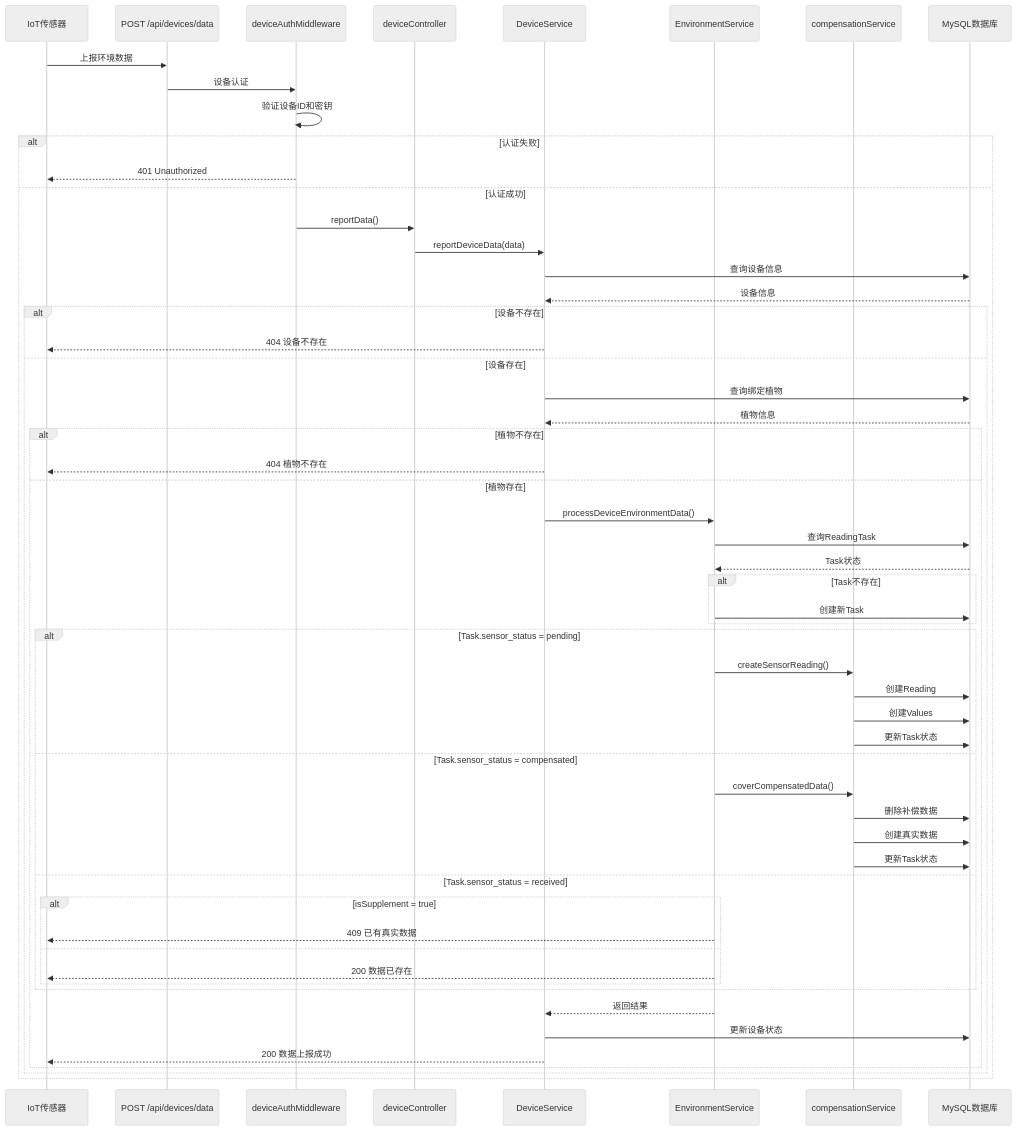
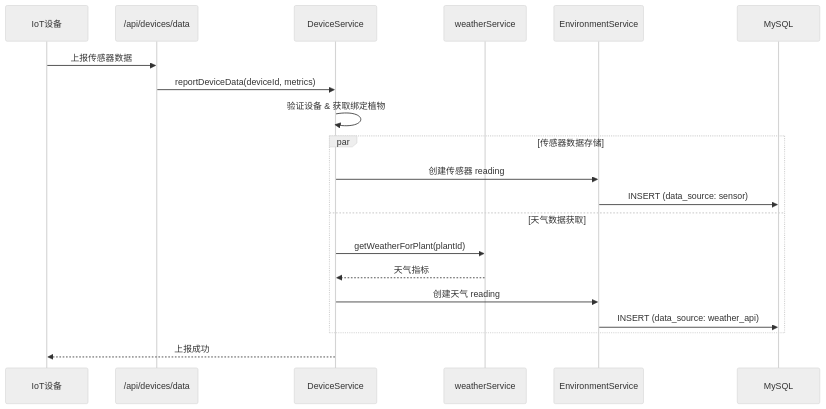
The second of 7 diagrams in docs/current/02-architecture/环境数据系统架构图.md (ShatterDusk/smart-garden-mvp), drawn with Mermaid (neutral theme) before and after one commit. The commit also changed other lines of this file and 329 other files, not shown here.

````diff
--- a/docs/current/02-architecture/环境数据系统架构图.md
+++ b/docs/current/02-architecture/环境数据系统架构图.md
@@ -82,67 +137,26 @@
 ```mermaid
 sequenceDiagram
-    participant Sensor as IoT传感器
-    participant API as POST /api/devices/data
-    participant Auth as deviceAuthMiddleware
-    participant Controller as deviceController
-    participant DeviceSvc as DeviceService
-    participant EnvSvc as EnvironmentService
-    participant CompSvc as compensationService
-    participant DB as MySQL数据库
+    participant IOT as IoT设备
+    participant API as /api/devices/data
+    participant DS as DeviceService
+    participant WS as weatherService
+    participant ES as EnvironmentService
+    participant DB as MySQL
+
+    IOT->>API: 上报传感器数据
+    API->>DS: reportDeviceData(deviceId, metrics)
     
-    Sensor->>API: 上报环境数据
-    API->>Auth: 设备认证
-    Auth->>Auth: 验证设备ID和密钥
+    DS->>DS: 验证设备 & 获取绑定植物
     
-    alt 认证失败
-        Auth-->>Sensor: 401 Unauthorized
-    else 认证成功
-        Auth->>Controller: reportData()
-        Controller->>DeviceSvc: reportDeviceData(data)
-        
-        DeviceSvc->>DB: 查询设备信息
-        DB-->>DeviceSvc: 设备信息
-        
-        alt 设备不存在
-            DeviceSvc-->>Sensor: 404 设备不存在
-        else 设备存在
-            DeviceSvc->>DB: 查询绑定植物
-            DB-->>DeviceSvc: 植物信息
-            
-            alt 植物不存在
-                DeviceSvc-->>Sensor: 404 植物不存在
-            else 植物存在
-                DeviceSvc->>EnvSvc: processDeviceEnvironmentData()
-                
-                EnvSvc->>DB: 查询ReadingTask
-                DB-->>EnvSvc: Task状态
-                
-                alt Task不存在
-                    EnvSvc->>DB: 创建新Task
-                end
-                
-                alt Task.sensor_status = pending
-                    EnvSvc->>CompSvc: createSensorReading()
-                    CompSvc->>DB: 创建Reading
-                    CompSvc->>DB: 创建Values
-                    CompSvc->>DB: 更新Task状态
-                else Task.sensor_status = compensated
-                    EnvSvc->>CompSvc: coverCompensatedData()
-                    CompSvc->>DB: 删除补偿数据
-                    CompSvc->>DB: 创建真实数据
-                    CompSvc->>DB: 更新Task状态
-                else Task.sensor_status = received
-                    alt isSupplement = true
-                        EnvSvc-->>Sensor: 409 已有真实数据
-                    else
-                        EnvSvc-->>Sensor: 200 数据已存在
-                    end
-                end
-                
-                EnvSvc-->>DeviceSvc: 返回结果
-                DeviceSvc->>DB: 更新设备状态
-                DeviceSvc-->>Sensor: 200 数据上报成功
-            end
-        end
+    par 传感器数据存储
+        DS->>ES: 创建传感器 reading
+        ES->>DB: INSERT (data_source: sensor)
+    and 天气数据获取
+        DS->>WS: getWeatherForPlant(plantId)
+        WS-->>DS: 天气指标
+        DS->>ES: 创建天气 reading
+        ES->>DB: INSERT (data_source: weather_api)
     end
+    
+    DS-->>IOT: 上报成功
 ```
````
